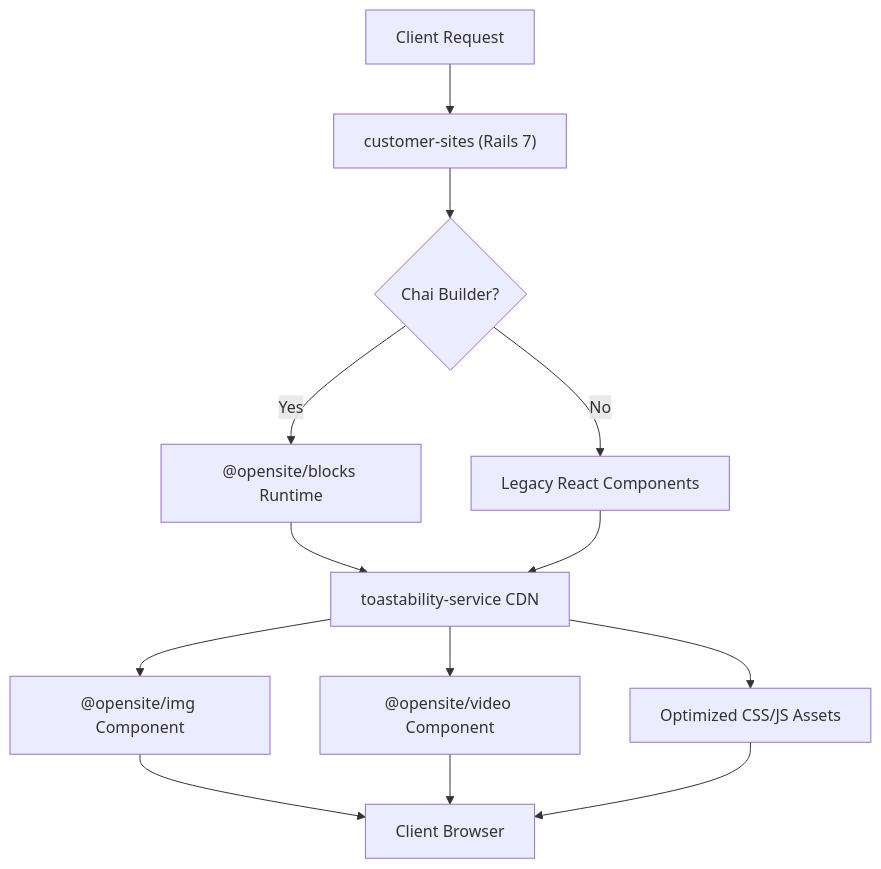
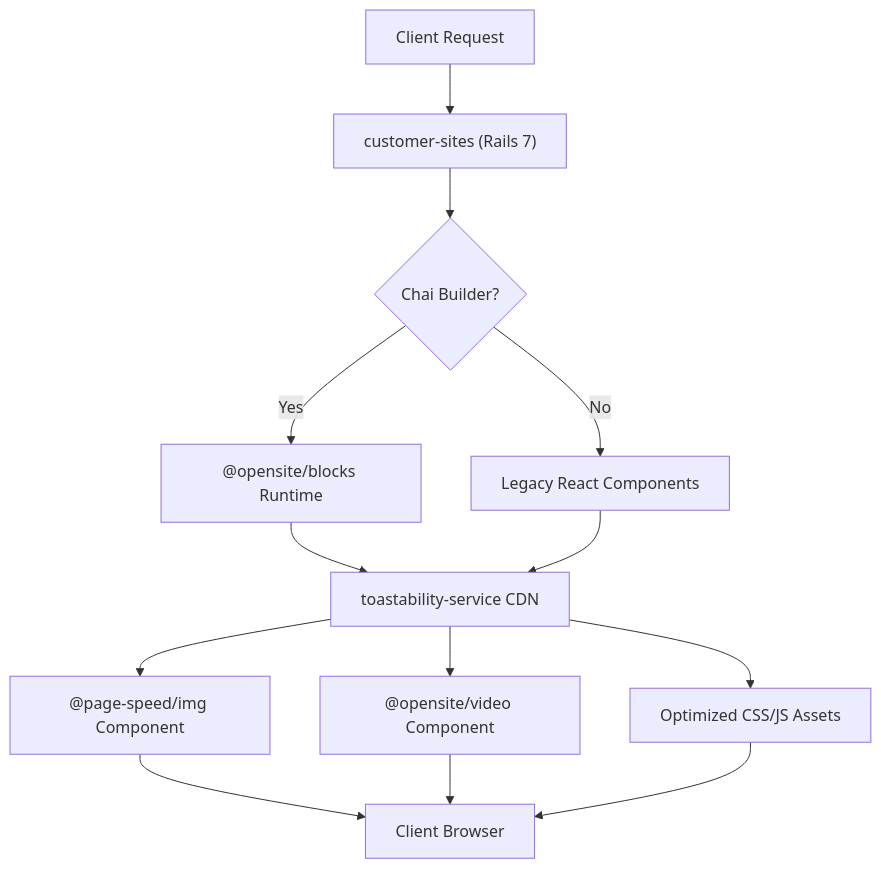
Before and after one commit to opensite-ai/ui-library: the diagram in dev-docs/ECOSYSTEM_GUIDELINES.md, drawn with Mermaid. The commit also changed other lines of this file and 53 other files, not shown here.

````diff
--- a/dev-docs/ECOSYSTEM_GUIDELINES.md
+++ b/dev-docs/ECOSYSTEM_GUIDELINES.md
@@ -11,15 +11,15 @@
 ```mermaid
 flowchart TD
     A["Client Request"] --> B["customer-sites (Rails 7)"]
     B --> C{"Chai Builder?"}
     C -->|Yes| D["@opensite/blocks Runtime"]
     C -->|No| E["Legacy React Components"]
     D --> F["toastability-service CDN"]
     E --> F
-    F --> G["@opensite/img Component"]
+    F --> G["@page-speed/img Component"]
     F --> H["@opensite/video Component"]
     F --> I["Optimized CSS/JS Assets"]
     G --> J["Client Browser"]
     H --> J
     I --> J
 ```
````
